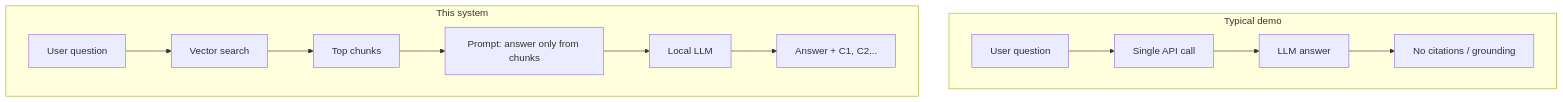
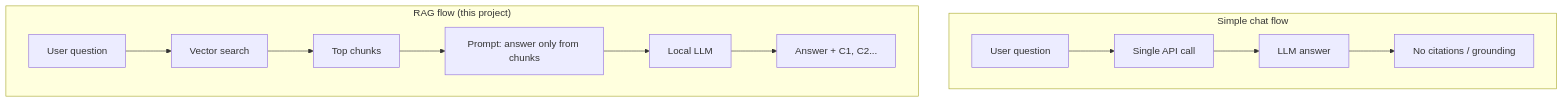
The second of 2 diagrams in README.md (ujjawalpathak/infra-graphRAG), drawn with Mermaid before and after one commit. The commit also changed other lines of this file, not shown here.

````diff
--- a/README.md
+++ b/README.md
@@ -41,15 +43,15 @@
 ```mermaid
 flowchart TB
-    subgraph Typical["Typical demo"]
+    subgraph Typical["Simple chat flow"]
         T1[User question] --> T2[Single API call]
         T2 --> T3[LLM answer]
         T3 --> T4[No citations / grounding]
     end
-    subgraph This["This system"]
+    subgraph RAG["RAG flow (this project)"]
         S1[User question] --> S2[Vector search]
         S2 --> S3[Top chunks]
         S3 --> S4[Prompt: answer only from chunks]
         S4 --> S5[Local LLM]
         S5 --> S6[Answer + C1, C2...]
     end
 ```
````
